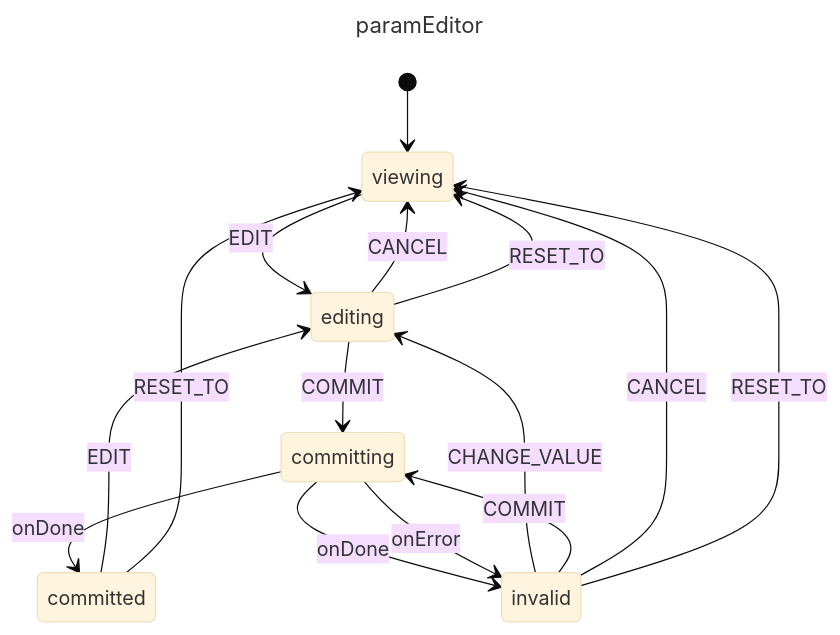
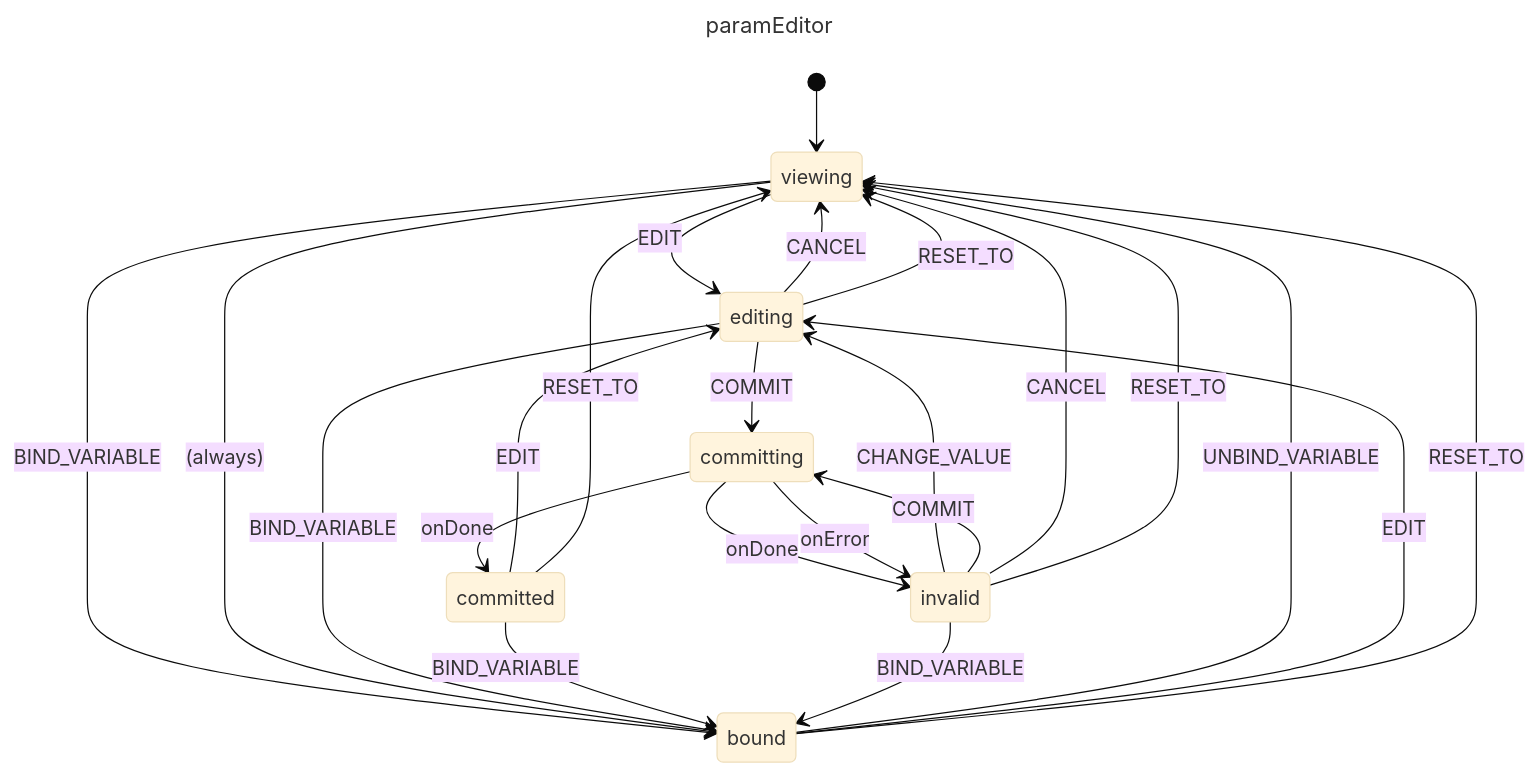
Before and after one commit to ddpoe/workflow-canvas: the diagram in wfc/canvas/static/scripts/mermaid/paramEditor.mmd, drawn with Mermaid (base theme). The commit also changed 659 other files, not shown here.

```diff
--- a/wfc/canvas/static/scripts/mermaid/paramEditor.mmd
+++ b/wfc/canvas/static/scripts/mermaid/paramEditor.mmd
@@ -1,18 +1,26 @@
 ---
 title: paramEditor
 ---
 stateDiagram-v2
   [*] --> viewing
   viewing --> editing: EDIT
+  viewing --> bound: BIND_VARIABLE
+  viewing --> bound: (always)
+  bound --> viewing: UNBIND_VARIABLE
+  bound --> editing: EDIT
+  bound --> viewing: RESET_TO
   editing --> committing: COMMIT
   editing --> viewing: CANCEL
   editing --> viewing: RESET_TO
+  editing --> bound: BIND_VARIABLE
   committing --> committed: onDone
   committing --> invalid: onDone
   committing --> invalid: onError
   committed --> editing: EDIT
   committed --> viewing: RESET_TO
+  committed --> bound: BIND_VARIABLE
   invalid --> editing: CHANGE_VALUE
   invalid --> committing: COMMIT
   invalid --> viewing: CANCEL
   invalid --> viewing: RESET_TO
+  invalid --> bound: BIND_VARIABLE
```
